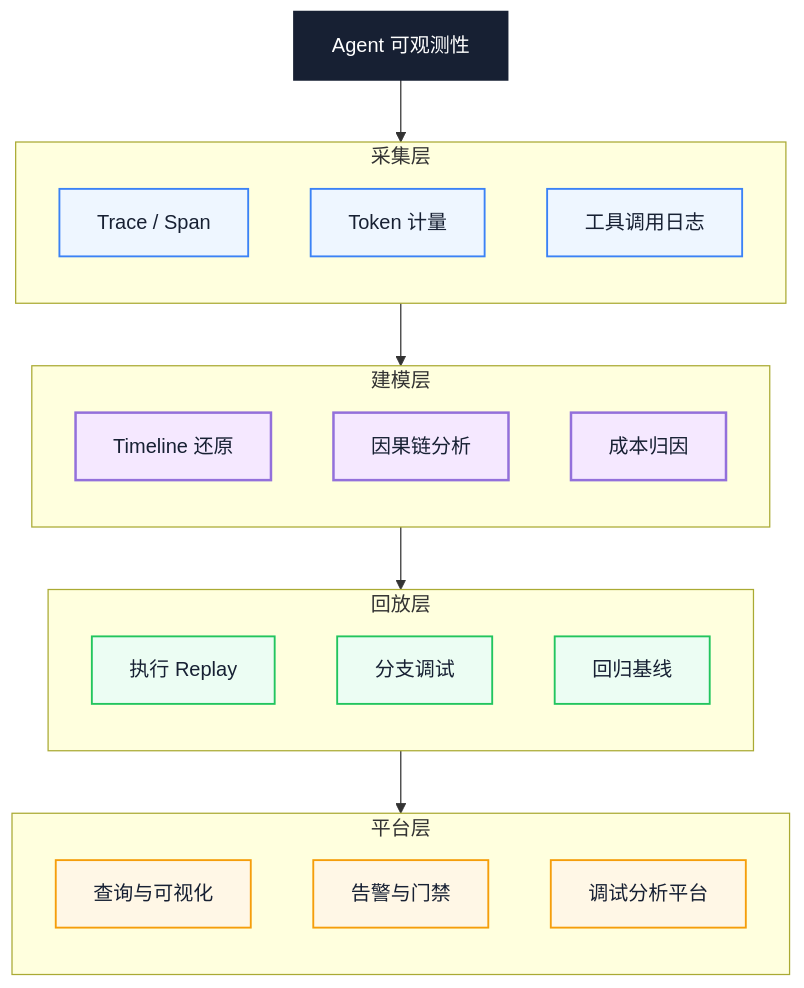
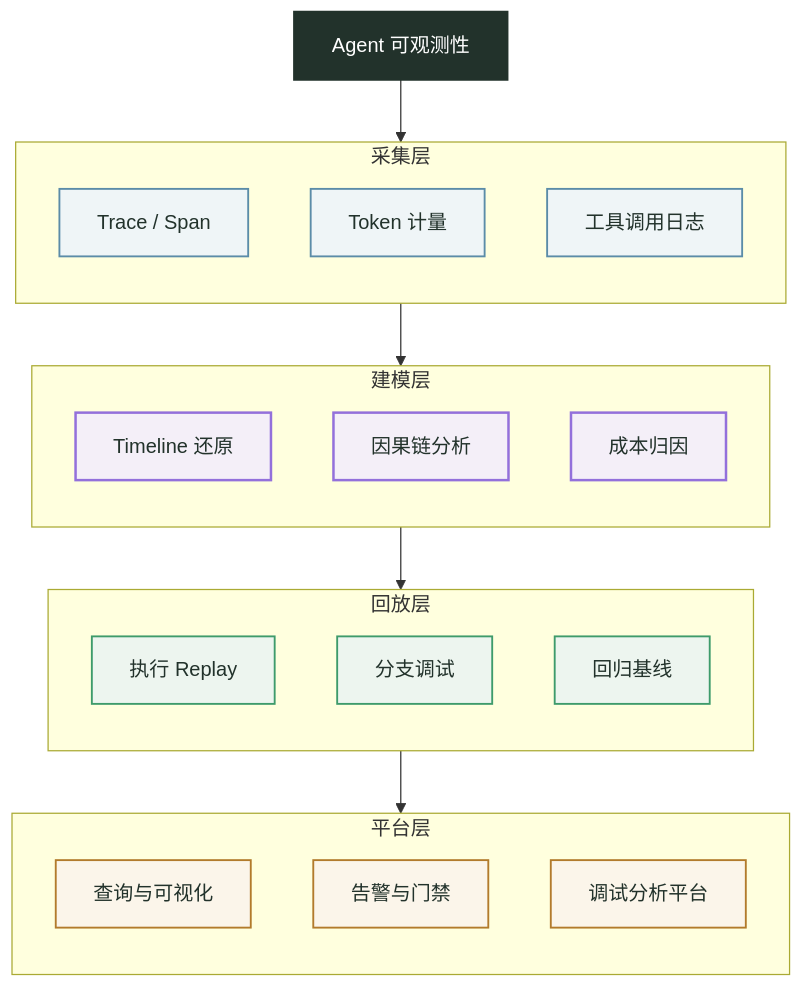
The sixth of 6 diagrams in docs/ai/agent-engineering-learning-path.md (Fatejian/frontier-vault), drawn with Mermaid before and after one commit. The commit also changed other lines of this file and 63 other files, not shown here.

````diff
--- a/docs/ai/agent-engineering-learning-path.md
+++ b/docs/ai/agent-engineering-learning-path.md
@@ -654,49 +654,49 @@
 ```mermaid
 flowchart TB
     Core["Agent 可观测性"]
 
     subgraph Collect["采集层"]
         direction TB
         C1["Trace / Span"]
         C2["Token 计量"]
         C3["工具调用日志"]
     end
 
     subgraph Model["建模层"]
         direction TB
         MO1["Timeline 还原"]
         MO2["因果链分析"]
         MO3["成本归因"]
     end
 
     subgraph Replay["回放层"]
         direction TB
         RP1["执行 Replay"]
         RP2["分支调试"]
         RP3["回归基线"]
     end
 
     subgraph Platform["平台层"]
         direction TB
         P1["查询与可视化"]
         P2["告警与门禁"]
         P3["调试分析平台"]
     end
 
     Core --> Collect
     Collect --> Model
     Model --> Replay
     Replay --> Platform
 
-    classDef core fill:#172033,color:#fff,stroke:#172033,stroke-width:2px;
-    classDef wait fill:#EEF6FF,stroke:#3B82F6,color:#172033,stroke-width:1.5px;
-    classDef block fill:#FFF7E6,stroke:#F59E0B,color:#172033,stroke-width:1.5px;
-    classDef work fill:#ECFDF3,stroke:#22C55E,color:#172033,stroke-width:1.5px;
-    classDef metric fill:#F5E8FF,color:#A855F7,color:#172033,stroke-width:2px;
+    classDef core fill:#22322B,color:#fff,stroke:#22322B,stroke-width:2px;
+    classDef wait fill:#EFF5F7,stroke:#5B8CA8,color:#22322B,stroke-width:1.5px;
+    classDef block fill:#FBF5EA,stroke:#B27B2C,color:#22322B,stroke-width:1.5px;
+    classDef work fill:#EDF5EF,stroke:#3E9B6B,color:#22322B,stroke-width:1.5px;
+    classDef metric fill:#F4EFF8,color:#8E6BA8,color:#22322B,stroke-width:2px;
 
     class Core core;
     class C1,C2,C3 wait;
     class MO1,MO2,MO3 metric;
     class RP1,RP2,RP3 work;
     class P1,P2,P3 block;
 ```
````
